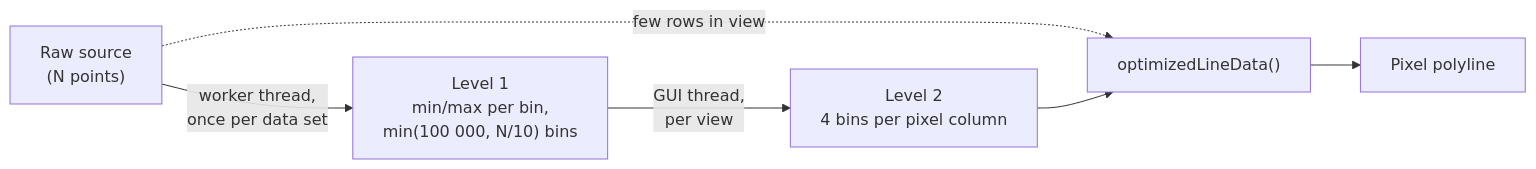
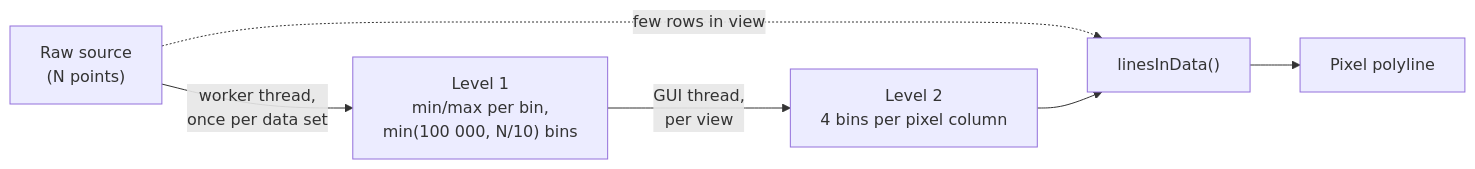
Before and after one commit to SciQLop/NeoQCP: the second of 3 diagrams in docs/architecture/adaptive-sampling.md, drawn with Mermaid. The commit also changed other lines of this file and 34 other files, not shown here.

Commit message:
docs(neoqcp-3): milestone 5c — one graph

````diff
--- a/docs/architecture/adaptive-sampling.md
+++ b/docs/architecture/adaptive-sampling.md
@@ -102,8 +102,8 @@
 ```mermaid
 flowchart LR
     A["Raw source<br/>(N points)"] -->|"worker thread,<br/>once per data set"| B["Level 1<br/>min/max per bin,<br/>min(100 000, N/10) bins"]
     B -->|"GUI thread,<br/>per view"| C["Level 2<br/>4 bins per pixel column"]
-    A -.->|"few rows in view"| D["optimizedLineData()"]
+    A -.->|"few rows in view"| D["linesInData()"]
     C --> D
     D --> E["Pixel polyline"]
 ```
````
